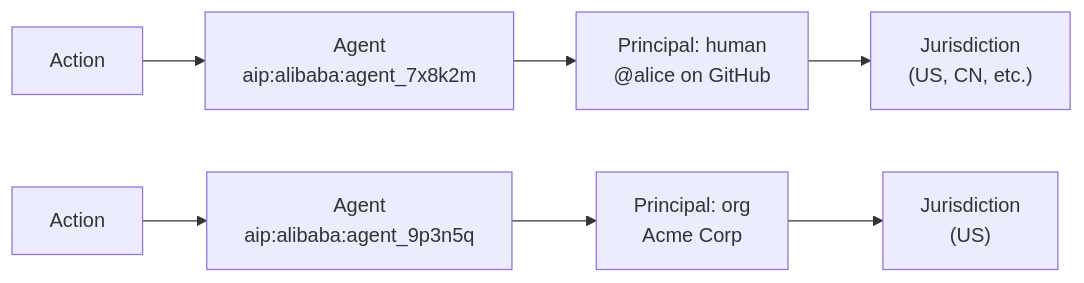
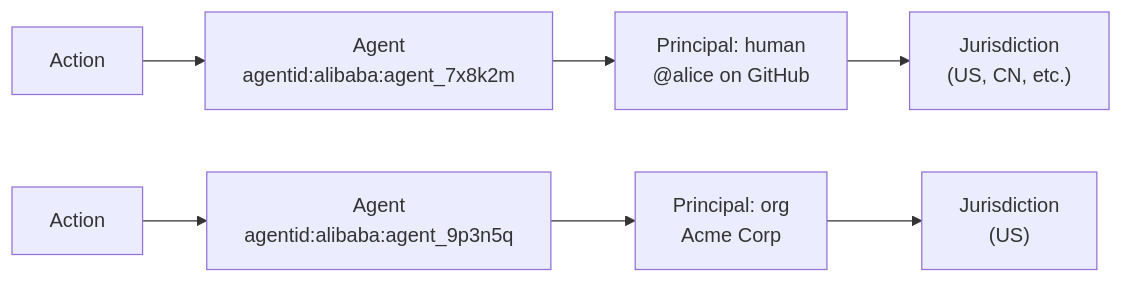
Before and after one commit to agentscope-ai/agent-identity: the fourth of 14 diagrams in design/2026-03-25-agentid.en.md, drawn with Mermaid. The commit also changed other lines of this file and 12 other files, not shown here.

First line of the commit message:
URN scheme: aip:* → agentid:*

````diff
--- a/design/2026-03-25-agentid.en.md
+++ b/design/2026-03-25-agentid.en.md
@@ -146,5 +146,5 @@
 ```mermaid
 graph LR
-    A1["Action"] --> Ag1["Agent<br/>aip:alibaba:agent_7x8k2m"] --> P1["Principal: human<br/>@alice on GitHub"] --> J1["Jurisdiction<br/>(US, CN, etc.)"]
-    A2["Action"] --> Ag2["Agent<br/>aip:alibaba:agent_9p3n5q"] --> P2["Principal: org<br/>Acme Corp"] --> J2["Jurisdiction<br/>(US)"]
+    A1["Action"] --> Ag1["Agent<br/>agentid:alibaba:agent_7x8k2m"] --> P1["Principal: human<br/>@alice on GitHub"] --> J1["Jurisdiction<br/>(US, CN, etc.)"]
+    A2["Action"] --> Ag2["Agent<br/>agentid:alibaba:agent_9p3n5q"] --> P2["Principal: org<br/>Acme Corp"] --> J2["Jurisdiction<br/>(US)"]
 ```
````
